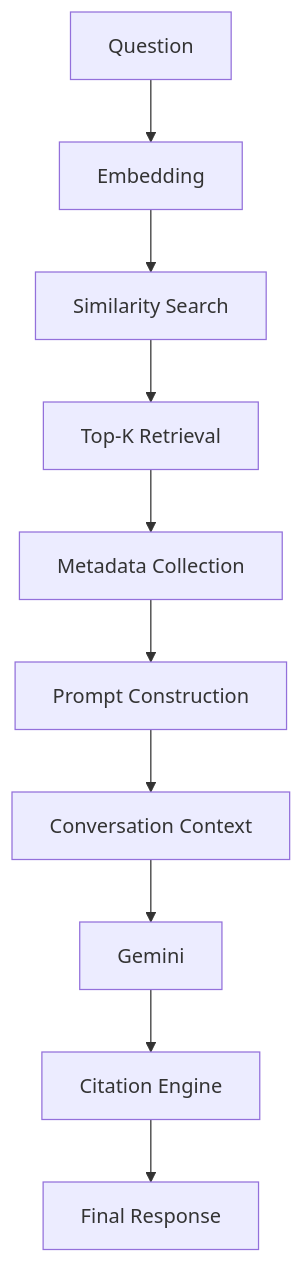
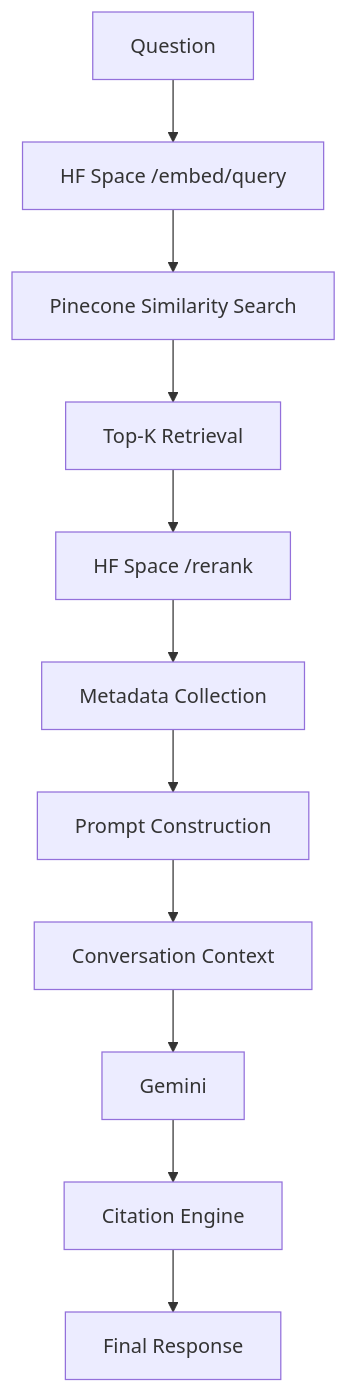
Before and after one commit to NeetiQ/Samarth_internship_2026_RAG_Chatbot: the third of 3 diagrams in RAG_PIPELINE.md, drawn with Mermaid. The commit also changed other lines of this file and 9 other files, not shown here.

````diff
--- a/RAG_PIPELINE.md
+++ b/RAG_PIPELINE.md
@@ -48,12 +50,13 @@
 ```mermaid
 graph TD
-    Q[Question] --> E[Embedding]
-    E --> S[Similarity Search]
+    Q[Question] --> E[HF Space /embed/query]
+    E --> S[Pinecone Similarity Search]
     S --> T[Top-K Retrieval]
-    T --> M[Metadata Collection]
+    T --> RR[HF Space /rerank]
+    RR --> M[Metadata Collection]
     M --> P[Prompt Construction]
     P --> C[Conversation Context]
     C --> GM[Gemini]
     GM --> CI[Citation Engine]
     CI --> F[Final Response]
 ```
````
